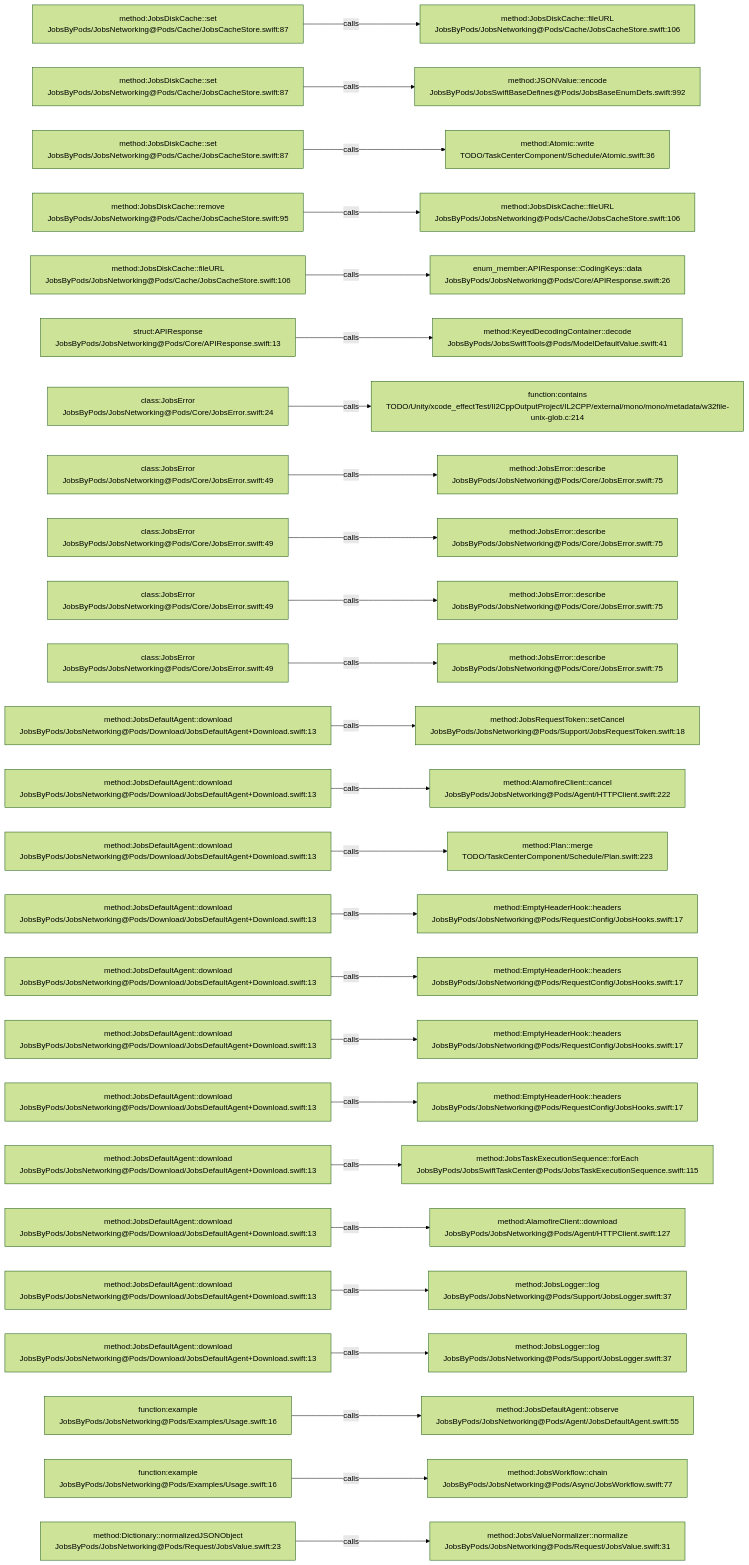
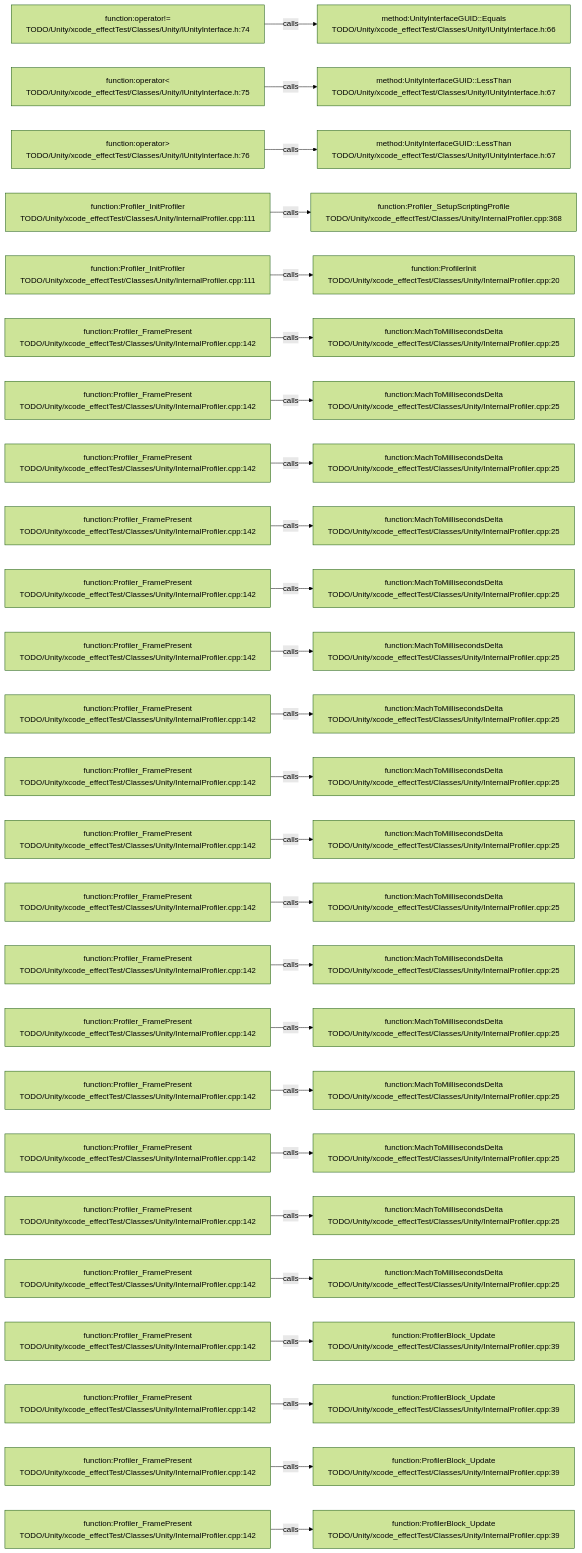
The diagram in .codegraph/codegraph.md/graphs/calls-040.md (JobsKits/JobsSwiftBaseConfigDemo), drawn with Mermaid (forest theme) before and after one commit. The commit also changed 227 other files, not shown here.

````diff
--- a/.codegraph/codegraph.md/graphs/calls-040.md
+++ b/.codegraph/codegraph.md/graphs/calls-040.md
@@ -13,78 +13,78 @@
 ```mermaid
 flowchart LR
-  S1["method:JobsDiskCache::set<br/>JobsByPods/JobsNetworking@Pods/Cache/JobsCacheStore.swift:87"]
-  T1["method:JobsDiskCache::fileURL<br/>JobsByPods/JobsNetworking@Pods/Cache/JobsCacheStore.swift:106"]
+  S1["function:operator!=<br/>TODO/Unity/xcode_effectTest/Classes/Unity/IUnityInterface.h:74"]
+  T1["method:UnityInterfaceGUID::Equals<br/>TODO/Unity/xcode_effectTest/Classes/Unity/IUnityInterface.h:66"]
   S1 -->|calls| T1
-  S2["method:JobsDiskCache::set<br/>JobsByPods/JobsNetworking@Pods/Cache/JobsCacheStore.swift:87"]
-  T2["method:JSONValue::encode<br/>JobsByPods/JobsSwiftBaseDefines@Pods/JobsBaseEnumDefs.swift:992"]
+  S2["function:operator<<br/>TODO/Unity/xcode_effectTest/Classes/Unity/IUnityInterface.h:75"]
+  T2["method:UnityInterfaceGUID::LessThan<br/>TODO/Unity/xcode_effectTest/Classes/Unity/IUnityInterface.h:67"]
   S2 -->|calls| T2
-  S3["method:JobsDiskCache::set<br/>JobsByPods/JobsNetworking@Pods/Cache/JobsCacheStore.swift:87"]
-  T3["method:Atomic::write<br/>TODO/TaskCenterComponent/Schedule/Atomic.swift:36"]
+  S3["function:operator><br/>TODO/Unity/xcode_effectTest/Classes/Unity/IUnityInterface.h:76"]
+  T3["method:UnityInterfaceGUID::LessThan<br/>TODO/Unity/xcode_effectTest/Classes/Unity/IUnityInterface.h:67"]
   S3 -->|calls| T3
-  S4["method:JobsDiskCache::remove<br/>JobsByPods/JobsNetworking@Pods/Cache/JobsCacheStore.swift:95"]
-  T4["method:JobsDiskCache::fileURL<br/>JobsByPods/JobsNetworking@Pods/Cache/JobsCacheStore.swift:106"]
+  S4["function:Profiler_InitProfiler<br/>TODO/Unity/xcode_effectTest/Classes/Unity/InternalProfiler.cpp:111"]
+  T4["function:Profiler_SetupScriptingProfile<br/>TODO/Unity/xcode_effectTest/Classes/Unity/InternalProfiler.cpp:368"]
   S4 -->|calls| T4
-  S5["method:JobsDiskCache::fileURL<br/>JobsByPods/JobsNetworking@Pods/Cache/JobsCacheStore.swift:106"]
-  T5["enum_member:APIResponse::CodingKeys::data<br/>JobsByPods/JobsNetworking@Pods/Core/APIResponse.swift:26"]
+  S5["function:Profiler_InitProfiler<br/>TODO/Unity/xcode_effectTest/Classes/Unity/InternalProfiler.cpp:111"]
+  T5["function:ProfilerInit<br/>TODO/Unity/xcode_effectTest/Classes/Unity/InternalProfiler.cpp:20"]
   S5 -->|calls| T5
-  S6["struct:APIResponse<br/>JobsByPods/JobsNetworking@Pods/Core/APIResponse.swift:13"]
-  T6["method:KeyedDecodingContainer::decode<br/>JobsByPods/JobsSwiftTools@Pods/ModelDefaultValue.swift:41"]
+  S6["function:Profiler_FramePresent<br/>TODO/Unity/xcode_effectTest/Classes/Unity/InternalProfiler.cpp:142"]
+  T6["function:MachToMillisecondsDelta<br/>TODO/Unity/xcode_effectTest/Classes/Unity/InternalProfiler.cpp:25"]
   S6 -->|calls| T6
-  S7["class:JobsError<br/>JobsByPods/JobsNetworking@Pods/Core/JobsError.swift:24"]
-  T7["function:contains<br/>TODO/Unity/xcode_effectTest/Il2CppOutputProject/IL2CPP/external/mono/mono/metadata/w32file-unix-glob.c:214"]
+  S7["function:Profiler_FramePresent<br/>TODO/Unity/xcode_effectTest/Classes/Unity/InternalProfiler.cpp:142"]
+  T7["function:MachToMillisecondsDelta<br/>TODO/Unity/xcode_effectTest/Classes/Unity/InternalProfiler.cpp:25"]
   S7 -->|calls| T7
-  S8["class:JobsError<br/>JobsByPods/JobsNetworking@Pods/Core/JobsError.swift:49"]
-  T8["method:JobsError::describe<br/>JobsByPods/JobsNetworking@Pods/Core/JobsError.swift:75"]
+  S8["function:Profiler_FramePresent<br/>TODO/Unity/xcode_effectTest/Classes/Unity/InternalProfiler.cpp:142"]
+  T8["function:MachToMillisecondsDelta<br/>TODO/Unity/xcode_effectTest/Classes/Unity/InternalProfiler.cpp:25"]
   S8 -->|calls| T8
-  S9["class:JobsError<br/>JobsByPods/JobsNetworking@Pods/Core/JobsError.swift:49"]
-  T9["method:JobsError::describe<br/>JobsByPods/JobsNetworking@Pods/Core/JobsError.swift:75"]
+  S9["function:Profiler_FramePresent<br/>TODO/Unity/xcode_effectTest/Classes/Unity/InternalProfiler.cpp:142"]
+  T9["function:MachToMillisecondsDelta<br/>TODO/Unity/xcode_effectTest/Classes/Unity/InternalProfiler.cpp:25"]
   S9 -->|calls| T9
-  S10["class:JobsError<br/>JobsByPods/JobsNetworking@Pods/Core/JobsError.swift:49"]
-  T10["method:JobsError::describe<br/>JobsByPods/JobsNetworking@Pods/Core/JobsError.swift:75"]
+  S10["function:Profiler_FramePresent<br/>TODO/Unity/xcode_effectTest/Classes/Unity/InternalProfiler.cpp:142"]
+  T10["function:MachToMillisecondsDelta<br/>TODO/Unity/xcode_effectTest/Classes/Unity/InternalProfiler.cpp:25"]
   S10 -->|calls| T10
-  S11["class:JobsError<br/>JobsByPods/JobsNetworking@Pods/Core/JobsError.swift:49"]
-  T11["method:JobsError::describe<br/>JobsByPods/JobsNetworking@Pods/Core/JobsError.swift:75"]
+  S11["function:Profiler_FramePresent<br/>TODO/Unity/xcode_effectTest/Classes/Unity/InternalProfiler.cpp:142"]
+  T11["function:MachToMillisecondsDelta<br/>TODO/Unity/xcode_effectTest/Classes/Unity/InternalProfiler.cpp:25"]
   S11 -->|calls| T11
-  S12["method:JobsDefaultAgent::download<br/>JobsByPods/JobsNetworking@Pods/Download/JobsDefaultAgent+Download.swift:13"]
-  T12["method:JobsRequestToken::setCancel<br/>JobsByPods/JobsNetworking@Pods/Support/JobsRequestToken.swift:18"]
+  S12["function:Profiler_FramePresent<br/>TODO/Unity/xcode_effectTest/Classes/Unity/InternalProfiler.cpp:142"]
+  T12["function:MachToMillisecondsDelta<br/>TODO/Unity/xcode_effectTest/Classes/Unity/InternalProfiler.cpp:25"]
   S12 -->|calls| T12
-  S13["method:JobsDefaultAgent::download<br/>JobsByPods/JobsNetworking@Pods/Download/JobsDefaultAgent+Download.swift:13"]
-  T13["method:AlamofireClient::cancel<br/>JobsByPods/JobsNetworking@Pods/Agent/HTTPClient.swift:222"]
+  S13["function:Profiler_FramePresent<br/>TODO/Unity/xcode_effectTest/Classes/Unity/InternalProfiler.cpp:142"]
+  T13["function:MachToMillisecondsDelta<br/>TODO/Unity/xcode_effectTest/Classes/Unity/InternalProfiler.cpp:25"]
   S13 -->|calls| T13
-  S14["method:JobsDefaultAgent::download<br/>JobsByPods/JobsNetworking@Pods/Download/JobsDefaultAgent+Download.swift:13"]
-  T14["method:Plan::merge<br/>TODO/TaskCenterComponent/Schedule/Plan.swift:223"]
+  S14["function:Profiler_FramePresent<br/>TODO/Unity/xcode_effectTest/Classes/Unity/InternalProfiler.cpp:142"]
+  T14["function:MachToMillisecondsDelta<br/>TODO/Unity/xcode_effectTest/Classes/Unity/InternalProfiler.cpp:25"]
   S14 -->|calls| T14
-  S15["method:JobsDefaultAgent::download<br/>JobsByPods/JobsNetworking@Pods/Download/JobsDefaultAgent+Download.swift:13"]
-  T15["method:EmptyHeaderHook::headers<br/>JobsByPods/JobsNetworking@Pods/RequestConfig/JobsHooks.swift:17"]
+  S15["function:Profiler_FramePresent<br/>TODO/Unity/xcode_effectTest/Classes/Unity/InternalProfiler.cpp:142"]
+  T15["function:MachToMillisecondsDelta<br/>TODO/Unity/xcode_effectTest/Classes/Unity/InternalProfiler.cpp:25"]
   S15 -->|calls| T15
-  S16["method:JobsDefaultAgent::download<br/>JobsByPods/JobsNetworking@Pods/Download/JobsDefaultAgent+Download.swift:13"]
-  T16["method:EmptyHeaderHook::headers<br/>JobsByPods/JobsNetworking@Pods/RequestConfig/JobsHooks.swift:17"]
+  S16["function:Profiler_FramePresent<br/>TODO/Unity/xcode_effectTest/Classes/Unity/InternalProfiler.cpp:142"]
+  T16["function:MachToMillisecondsDelta<br/>TODO/Unity/xcode_effectTest/Classes/Unity/InternalProfiler.cpp:25"]
   S16 -->|calls| T16
-  S17["method:JobsDefaultAgent::download<br/>JobsByPods/JobsNetworking@Pods/Download/JobsDefaultAgent+Download.swift:13"]
-  T17["method:EmptyHeaderHook::headers<br/>JobsByPods/JobsNetworking@Pods/RequestConfig/JobsHooks.swift:17"]
+  S17["function:Profiler_FramePresent<br/>TODO/Unity/xcode_effectTest/Classes/Unity/InternalProfiler.cpp:142"]
+  T17["function:MachToMillisecondsDelta<br/>TODO/Unity/xcode_effectTest/Classes/Unity/InternalProfiler.cpp:25"]
   S17 -->|calls| T17
-  S18["method:JobsDefaultAgent::download<br/>JobsByPods/JobsNetworking@Pods/Download/JobsDefaultAgent+Download.swift:13"]
-  T18["method:EmptyHeaderHook::headers<br/>JobsByPods/JobsNetworking@Pods/RequestConfig/JobsHooks.swift:17"]
+  S18["function:Profiler_FramePresent<br/>TODO/Unity/xcode_effectTest/Classes/Unity/InternalProfiler.cpp:142"]
+  T18["function:MachToMillisecondsDelta<br/>TODO/Unity/xcode_effectTest/Classes/Unity/InternalProfiler.cpp:25"]
   S18 -->|calls| T18
-  S19["method:JobsDefaultAgent::download<br/>JobsByPods/JobsNetworking@Pods/Download/JobsDefaultAgent+Download.swift:13"]
-  T19["method:JobsTaskExecutionSequence::forEach<br/>JobsByPods/JobsSwiftTaskCenter@Pods/JobsTaskExecutionSequence.swift:115"]
+  S19["function:Profiler_FramePresent<br/>TODO/Unity/xcode_effectTest/Classes/Unity/InternalProfiler.cpp:142"]
+  T19["function:MachToMillisecondsDelta<br/>TODO/Unity/xcode_effectTest/Classes/Unity/InternalProfiler.cpp:25"]
   S19 -->|calls| T19
-  S20["method:JobsDefaultAgent::download<br/>JobsByPods/JobsNetworking@Pods/Download/JobsDefaultAgent+Download.swift:13"]
-  T20["method:AlamofireClient::download<br/>JobsByPods/JobsNetworking@Pods/Agent/HTTPClient.swift:127"]
+  S20["function:Profiler_FramePresent<br/>TODO/Unity/xcode_effectTest/Classes/Unity/InternalProfiler.cpp:142"]
+  T20["function:MachToMillisecondsDelta<br/>TODO/Unity/xcode_effectTest/Classes/Unity/InternalProfiler.cpp:25"]
   S20 -->|calls| T20
-  S21["method:JobsDefaultAgent::download<br/>JobsByPods/JobsNetworking@Pods/Download/JobsDefaultAgent+Download.swift:13"]
-  T21["method:JobsLogger::log<br/>JobsByPods/JobsNetworking@Pods/Support/JobsLogger.swift:37"]
+  S21["function:Profiler_FramePresent<br/>TODO/Unity/xcode_effectTest/Classes/Unity/InternalProfiler.cpp:142"]
+  T21["function:MachToMillisecondsDelta<br/>TODO/Unity/xcode_effectTest/Classes/Unity/InternalProfiler.cpp:25"]
   S21 -->|calls| T21
-  S22["method:JobsDefaultAgent::download<br/>JobsByPods/JobsNetworking@Pods/Download/JobsDefaultAgent+Download.swift:13"]
-  T22["method:JobsLogger::log<br/>JobsByPods/JobsNetworking@Pods/Support/JobsLogger.swift:37"]
+  S22["function:Profiler_FramePresent<br/>TODO/Unity/xcode_effectTest/Classes/Unity/InternalProfiler.cpp:142"]
+  T22["function:ProfilerBlock_Update<br/>TODO/Unity/xcode_effectTest/Classes/Unity/InternalProfiler.cpp:39"]
   S22 -->|calls| T22
-  S23["function:example<br/>JobsByPods/JobsNetworking@Pods/Examples/Usage.swift:16"]
-  T23["method:JobsDefaultAgent::observe<br/>JobsByPods/JobsNetworking@Pods/Agent/JobsDefaultAgent.swift:55"]
+  S23["function:Profiler_FramePresent<br/>TODO/Unity/xcode_effectTest/Classes/Unity/InternalProfiler.cpp:142"]
+  T23["function:ProfilerBlock_Update<br/>TODO/Unity/xcode_effectTest/Classes/Unity/InternalProfiler.cpp:39"]
   S23 -->|calls| T23
-  S24["function:example<br/>JobsByPods/JobsNetworking@Pods/Examples/Usage.swift:16"]
-  T24["method:JobsWorkflow::chain<br/>JobsByPods/JobsNetworking@Pods/Async/JobsWorkflow.swift:77"]
+  S24["function:Profiler_FramePresent<br/>TODO/Unity/xcode_effectTest/Classes/Unity/InternalProfiler.cpp:142"]
+  T24["function:ProfilerBlock_Update<br/>TODO/Unity/xcode_effectTest/Classes/Unity/InternalProfiler.cpp:39"]
   S24 -->|calls| T24
-  S25["method:Dictionary::normalizedJSONObject<br/>JobsByPods/JobsNetworking@Pods/Request/JobsValue.swift:23"]
-  T25["method:JobsValueNormalizer::normalize<br/>JobsByPods/JobsNetworking@Pods/Request/JobsValue.swift:31"]
+  S25["function:Profiler_FramePresent<br/>TODO/Unity/xcode_effectTest/Classes/Unity/InternalProfiler.cpp:142"]
+  T25["function:ProfilerBlock_Update<br/>TODO/Unity/xcode_effectTest/Classes/Unity/InternalProfiler.cpp:39"]
   S25 -->|calls| T25
 ```
````
